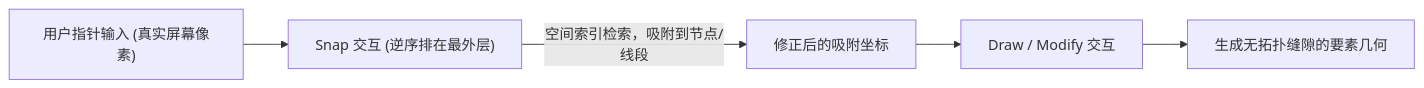
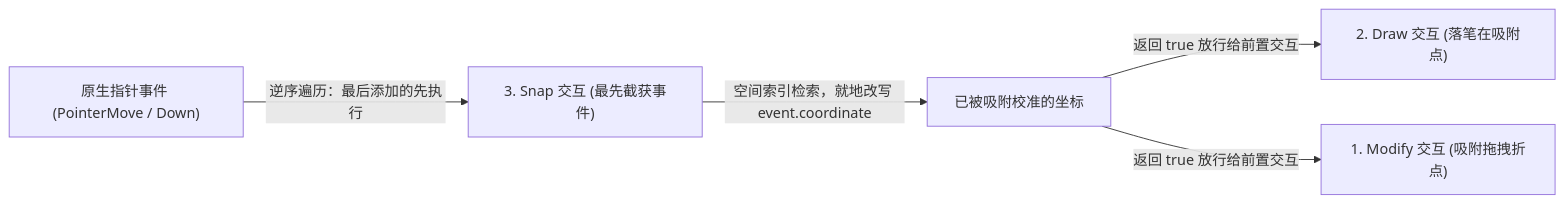
One commit to gisnotes/openlayers changed the second of 3 diagrams in site/summary/openlayers-interaction-guide.md. Above: the diagram before and after it, drawn with Mermaid. The commit also changed other lines of this file, not shown here.

Commit message:
docs(guide): 补充 Draw/Modify/Snap 三者共存场景与逆序装配铁律解析

````diff
--- a/site/summary/openlayers-interaction-guide.md
+++ b/site/summary/openlayers-interaction-guide.md
@@ -167,7 +193,7 @@
 ```mermaid
 flowchart LR
-    Pointer["用户指针输入 (真实屏幕像素)"] --> Snap["Snap 交互 (逆序排在最外层)"]
-    Snap -->|"空间索引检索，吸附到节点/线段"| ModifiedCoord["修正后的吸附坐标"]
-    ModifiedCoord --> Draw["Draw / Modify 交互"]
-    Draw --> Geometry["生成无拓扑缝隙的要素几何"]
+    Event["原生指针事件 (PointerMove / Down)"] -->|"逆序遍历：最后添加的先执行"| Snap["3. Snap 交互 (最先截获事件)"]
+    Snap -->|"空间索引检索，就地改写 event.coordinate"| ModifiedCoord["已被吸附校准的坐标"]
+    ModifiedCoord -->|"返回 true 放行给前置交互"| Draw["2. Draw 交互 (落笔在吸附点)"]
+    ModifiedCoord -->|"返回 true 放行给前置交互"| Modify["1. Modify 交互 (吸附拖拽折点)"]
 ```
````
